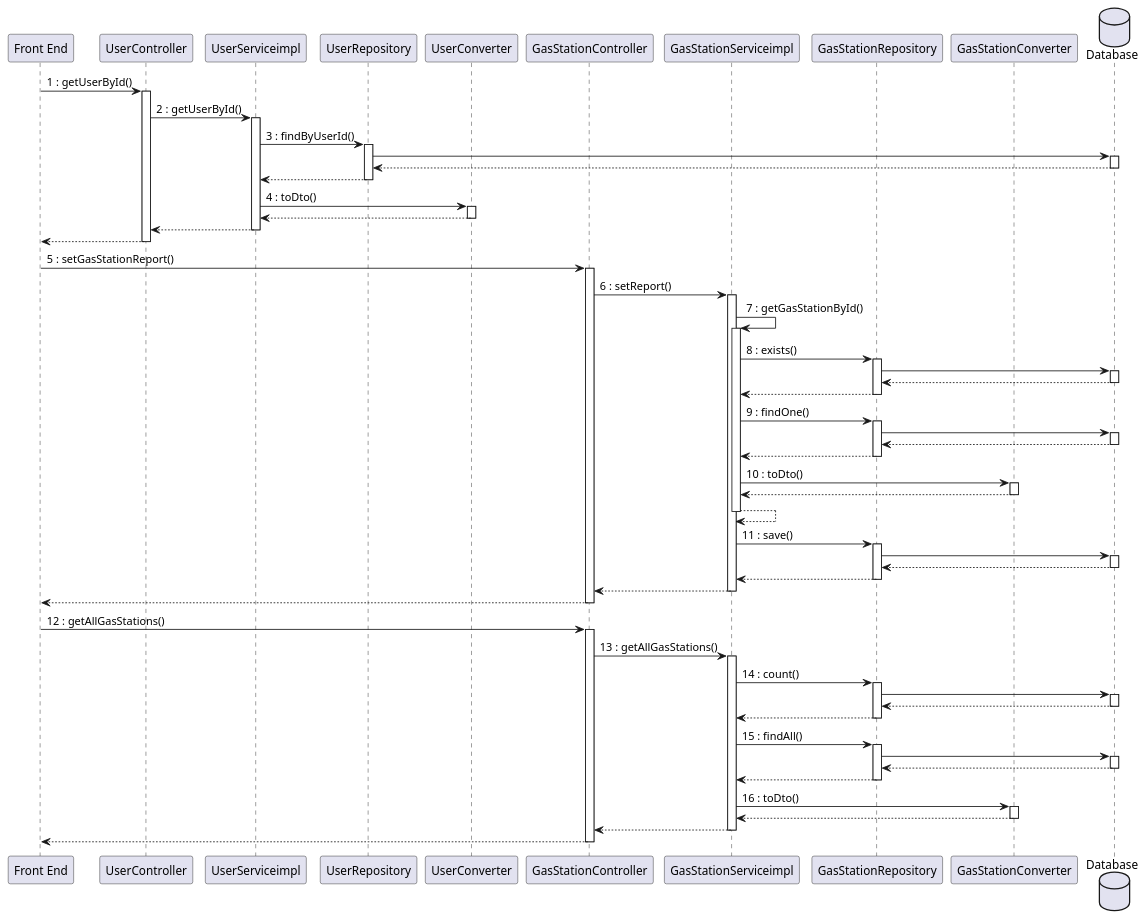
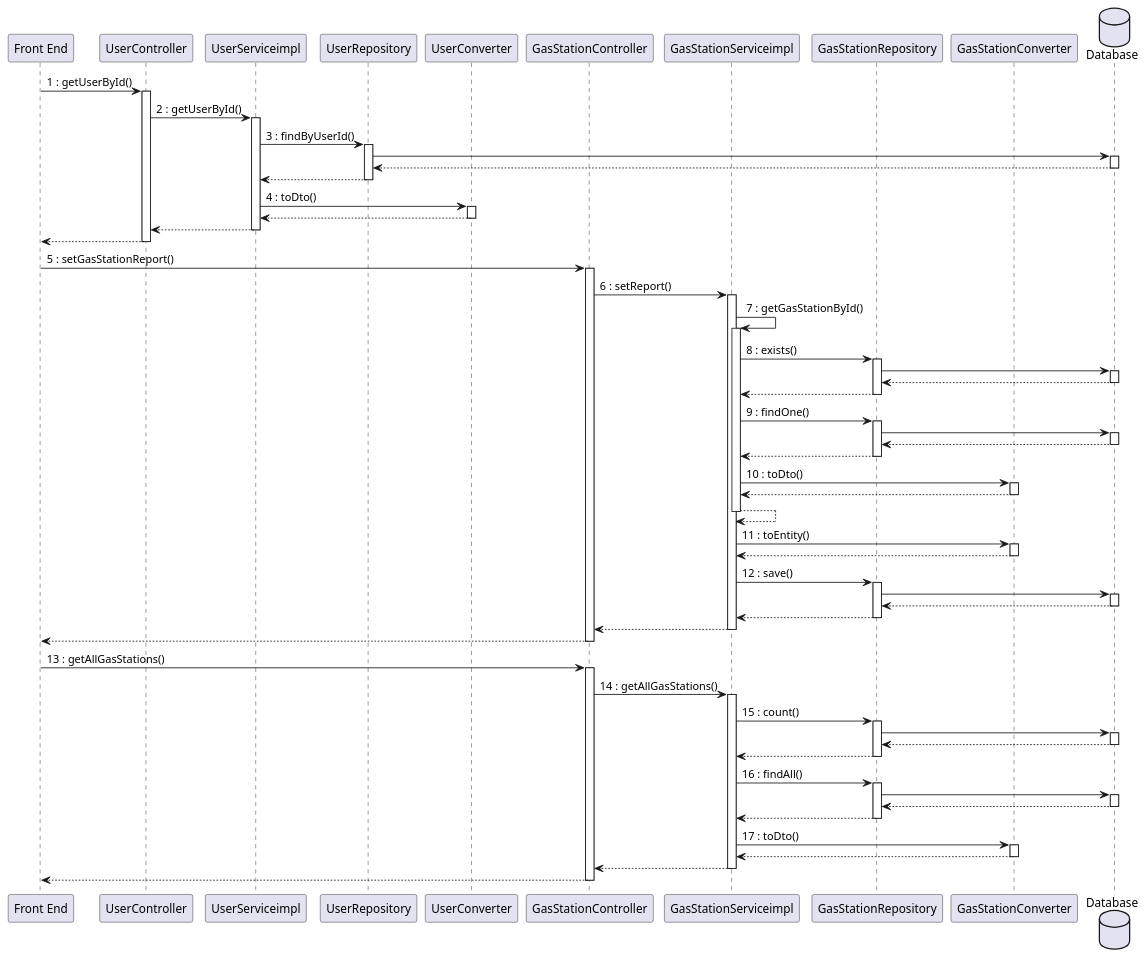
Before and after one commit to mosTavassoli/ezgas: diagram 11 of 15 in docs/DesignDocument.md, drawn with PlantUML.

Commit message:
docs(DesignDocument): fix sequence diagram use case 7

````diff
--- a/docs/DesignDocument.md
+++ b/docs/DesignDocument.md
@@ -754,75 +754,78 @@
 ```plantuml
 database Database order 30
 "Front End" -> UserController:1 : getUserById()
 activate UserController
 UserController -> UserServiceimpl:2 : getUserById()
 activate UserServiceimpl
 UserServiceimpl -> UserRepository:3 : findByUserId()
 activate UserRepository
 UserRepository -> Database
 activate Database
 return
 return
 UserServiceimpl -> UserConverter:4 : toDto()
 activate UserConverter
 return
 return
 return
 
 "Front End" -> GasStationController:5 : setGasStationReport()
 activate GasStationController
 GasStationController -> GasStationServiceimpl:6 : setReport()
 activate GasStationServiceimpl
 
 GasStationServiceimpl -> GasStationServiceimpl:7 : getGasStationById()
 activate GasStationServiceimpl
 GasStationServiceimpl -> GasStationRepository:8 : exists()
 activate GasStationRepository
 GasStationRepository -> Database
 activate Database
 return
 return
 GasStationServiceimpl -> GasStationRepository:9 : findOne()
 activate GasStationRepository
 GasStationRepository -> Database
 activate Database
 return
 return
 GasStationServiceimpl -> GasStationConverter:10 : toDto()
 activate GasStationConverter
 return
 return
 
+GasStationServiceimpl -> GasStationConverter:11 : toEntity()
+activate GasStationConverter
+return
 
-GasStationServiceimpl -> GasStationRepository:11 : save()
+GasStationServiceimpl -> GasStationRepository:12 : save()
 activate GasStationRepository
 GasStationRepository -> Database
 activate Database
 return
 return
 return
 return
 
-"Front End" -> GasStationController:12 : getAllGasStations()
+"Front End" -> GasStationController:13 : getAllGasStations()
 activate GasStationController
-GasStationController -> GasStationServiceimpl:13 : getAllGasStations()
+GasStationController -> GasStationServiceimpl:14 : getAllGasStations()
 activate GasStationServiceimpl
-GasStationServiceimpl -> GasStationRepository:14 : count()
+GasStationServiceimpl -> GasStationRepository:15 : count()
 activate GasStationRepository
 GasStationRepository -> Database
 activate Database
 return
 return
-GasStationServiceimpl -> GasStationRepository:15 : findAll()
+GasStationServiceimpl -> GasStationRepository:16 : findAll()
 activate GasStationRepository
 GasStationRepository -> Database
 activate Database
 return
 return
 
-GasStationServiceimpl -> GasStationConverter:16 : toDto()
+GasStationServiceimpl -> GasStationConverter:17 : toDto()
 activate GasStationConverter
 return
 return
 return
 ```
````
